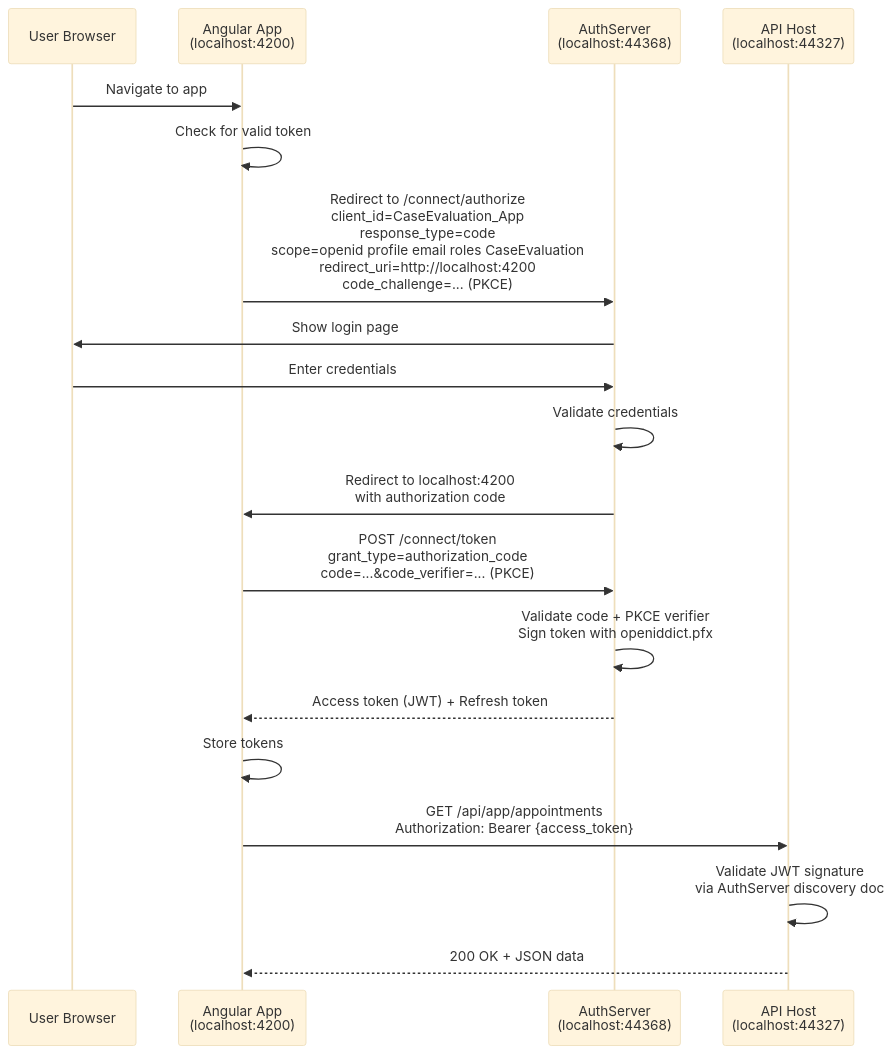
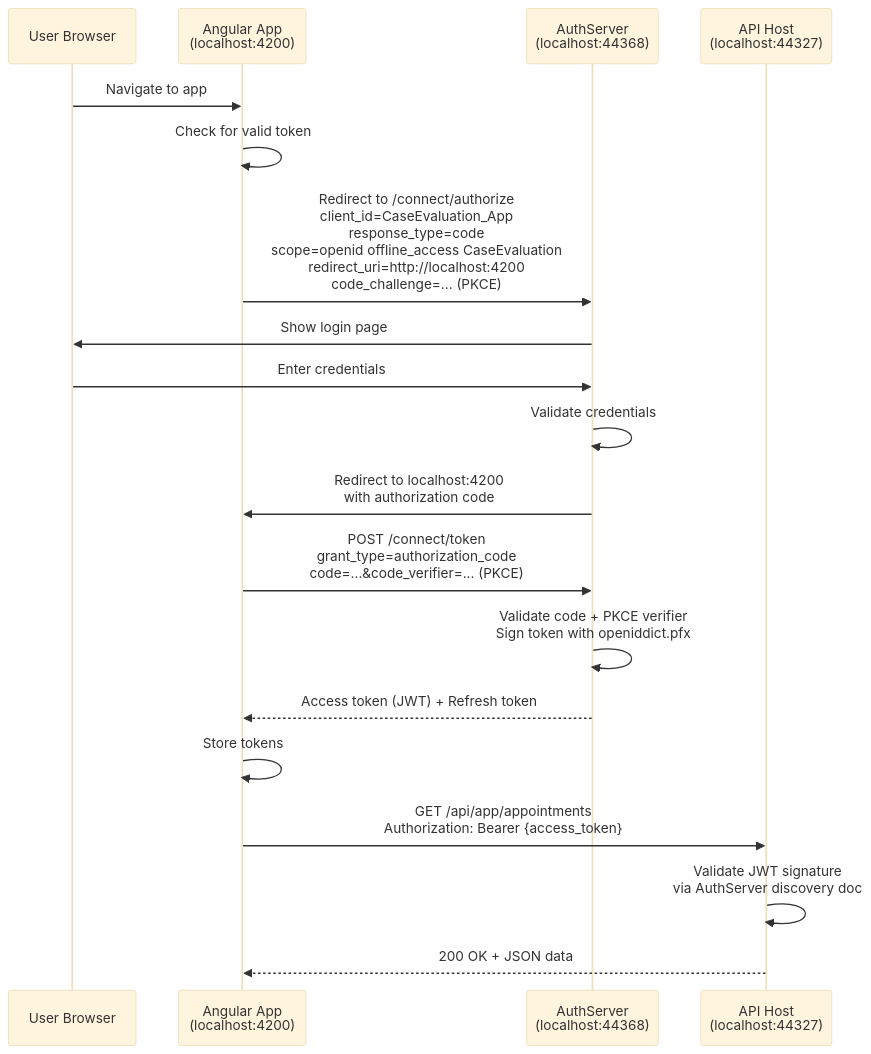
Before and after one commit to gesco-healthcare-support/hcs-patient-portal: the first of 3 diagrams in docs/api/AUTHENTICATION-FLOW.md, drawn with Mermaid (base theme). The commit also changed other lines of this file, not shown here.

First line of the commit message:
docs(api): correct the sign-in scope and the sign-up sequence

````diff
--- a/docs/api/AUTHENTICATION-FLOW.md
+++ b/docs/api/AUTHENTICATION-FLOW.md
@@ -131,22 +131,22 @@
 ```mermaid
 sequenceDiagram
     participant User as User Browser
     participant Angular as Angular App<br/>(localhost:4200)
     participant AuthServer as AuthServer<br/>(localhost:44368)
     participant API as API Host<br/>(localhost:44327)
 
     User->>Angular: Navigate to app
     Angular->>Angular: Check for valid token
-    Angular->>AuthServer: Redirect to /connect/authorize<br/>client_id=CaseEvaluation_App<br/>response_type=code<br/>scope=openid profile email roles CaseEvaluation<br/>redirect_uri=http://localhost:4200<br/>code_challenge=... (PKCE)
+    Angular->>AuthServer: Redirect to /connect/authorize<br/>client_id=CaseEvaluation_App<br/>response_type=code<br/>scope=openid offline_access CaseEvaluation<br/>redirect_uri=http://localhost:4200<br/>code_challenge=... (PKCE)
     AuthServer->>User: Show login page
     User->>AuthServer: Enter credentials
     AuthServer->>AuthServer: Validate credentials
     AuthServer->>Angular: Redirect to localhost:4200<br/>with authorization code
     Angular->>AuthServer: POST /connect/token<br/>grant_type=authorization_code<br/>code=...&code_verifier=... (PKCE)
     AuthServer->>AuthServer: Validate code + PKCE verifier<br/>Sign token with openiddict.pfx
     AuthServer-->>Angular: Access token (JWT) + Refresh token
     Angular->>Angular: Store tokens
     Angular->>API: GET /api/app/appointments<br/>Authorization: Bearer {access_token}
     API->>API: Validate JWT signature<br/>via AuthServer discovery doc
     API-->>Angular: 200 OK + JSON data
 ```
````
